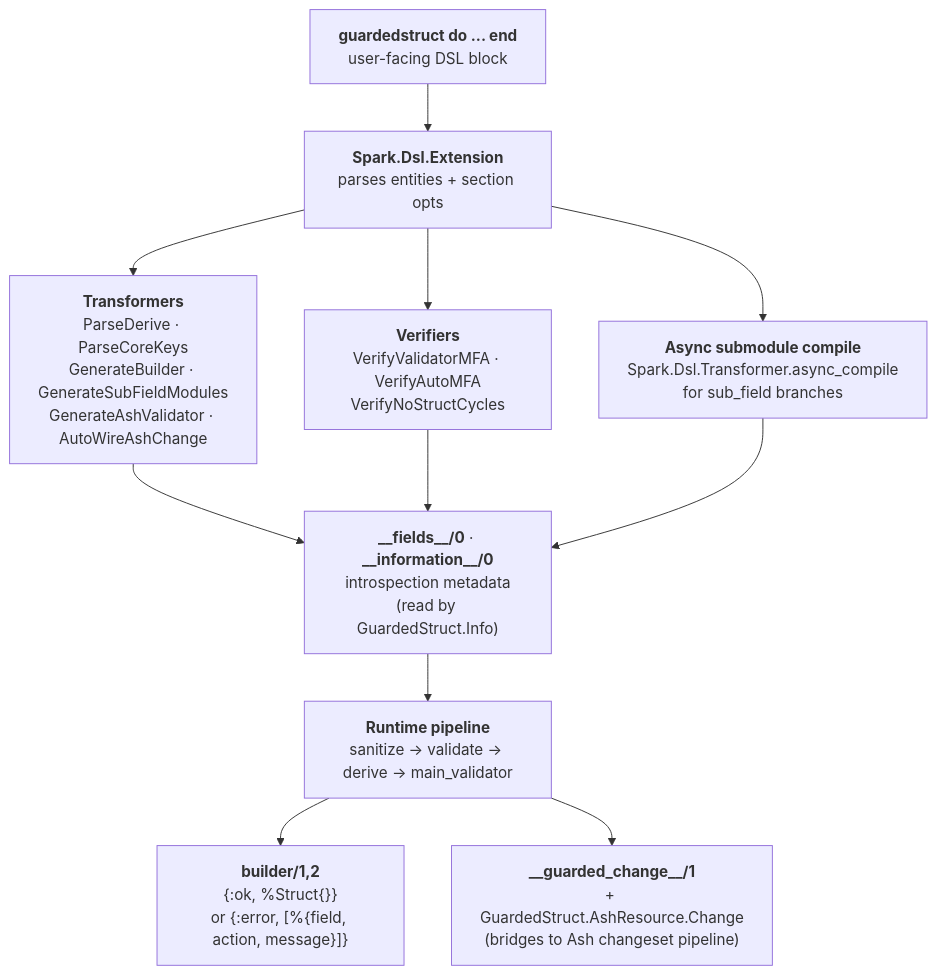
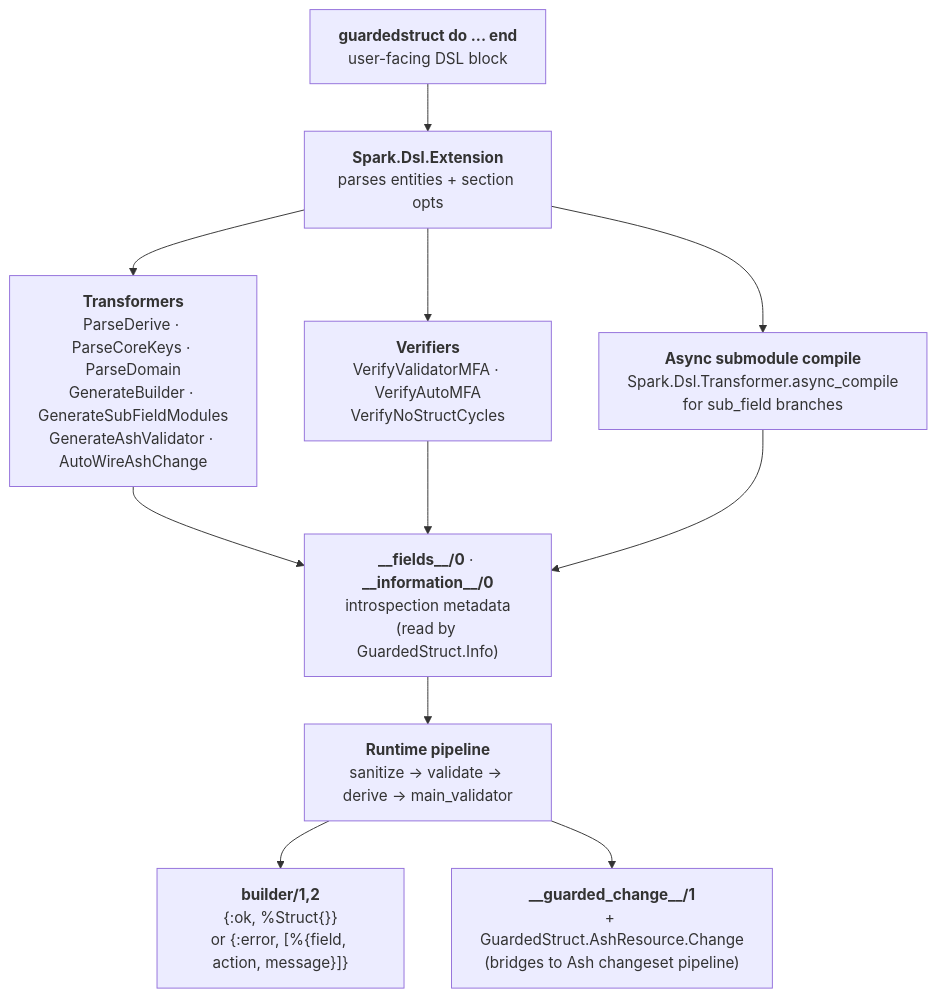
One commit to mishka-group/guarded_struct changed the diagram in README.md. Above: the diagram before and after it, drawn with Mermaid. The commit also changed other lines of this file and 15 other files, not shown here.

````diff
--- a/README.md
+++ b/README.md
@@ -503,20 +505,20 @@
 ```mermaid
 flowchart TD
     User["<b>guardedstruct do ... end</b><br/>user-facing DSL block"]
     Spark["<b>Spark.Dsl.Extension</b><br/>parses entities + section opts"]
 
     User --> Spark
 
-    Spark --> Transformers["<b>Transformers</b><br/>ParseDerive · ParseCoreKeys<br/>GenerateBuilder · GenerateSubFieldModules<br/>GenerateAshValidator · AutoWireAshChange"]
+    Spark --> Transformers["<b>Transformers</b><br/>ParseDerive · ParseCoreKeys · ParseDomain<br/>GenerateBuilder · GenerateSubFieldModules<br/>GenerateAshValidator · AutoWireAshChange"]
     Spark --> Verifiers["<b>Verifiers</b><br/>VerifyValidatorMFA · VerifyAutoMFA<br/>VerifyNoStructCycles"]
     Spark --> AsyncCompile["<b>Async submodule compile</b><br/>Spark.Dsl.Transformer.async_compile<br/>for sub_field branches"]
 
     Transformers --> Fields["<b>__fields__/0</b> · <b>__information__/0</b><br/>introspection metadata<br/>(read by GuardedStruct.Info)"]
     Verifiers --> Fields
     AsyncCompile --> Fields
 
     Fields --> Runtime["<b>Runtime pipeline</b><br/>sanitize → validate → derive → main_validator"]
 
     Runtime --> Standalone["<b>builder/1,2</b><br/>{:ok, %Struct{}}<br/>or {:error, [%{field, action, message}]}"]
     Runtime --> AshBridge["<b>__guarded_change__/1</b><br/>+ GuardedStruct.AshResource.Change<br/>(bridges to Ash changeset pipeline)"]
 ```
````
